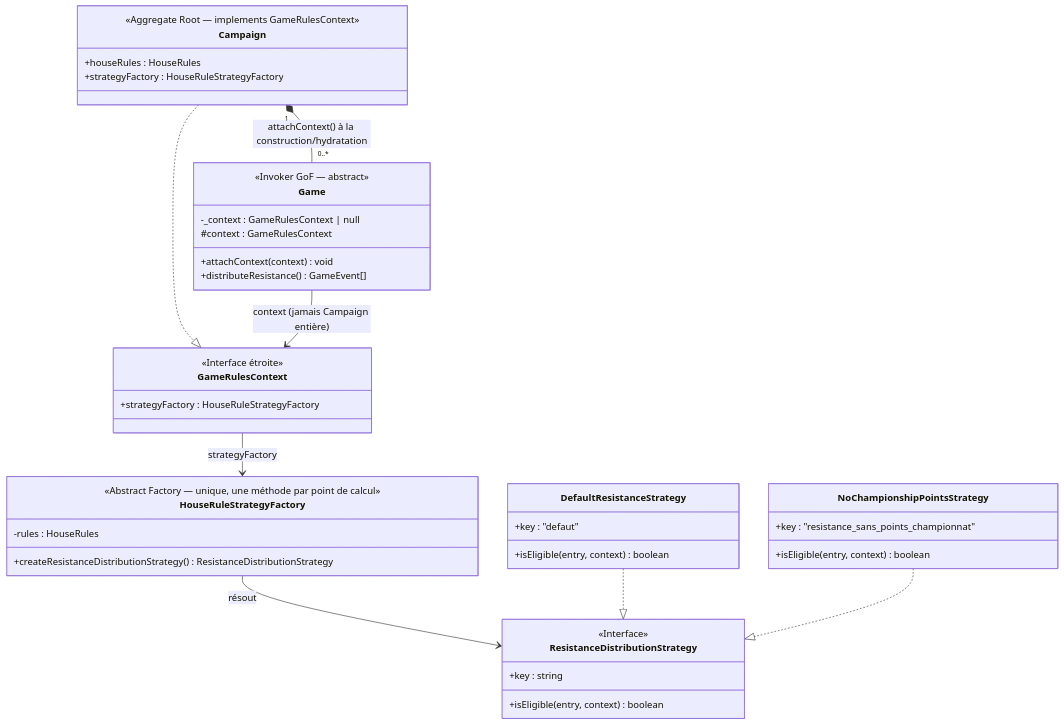
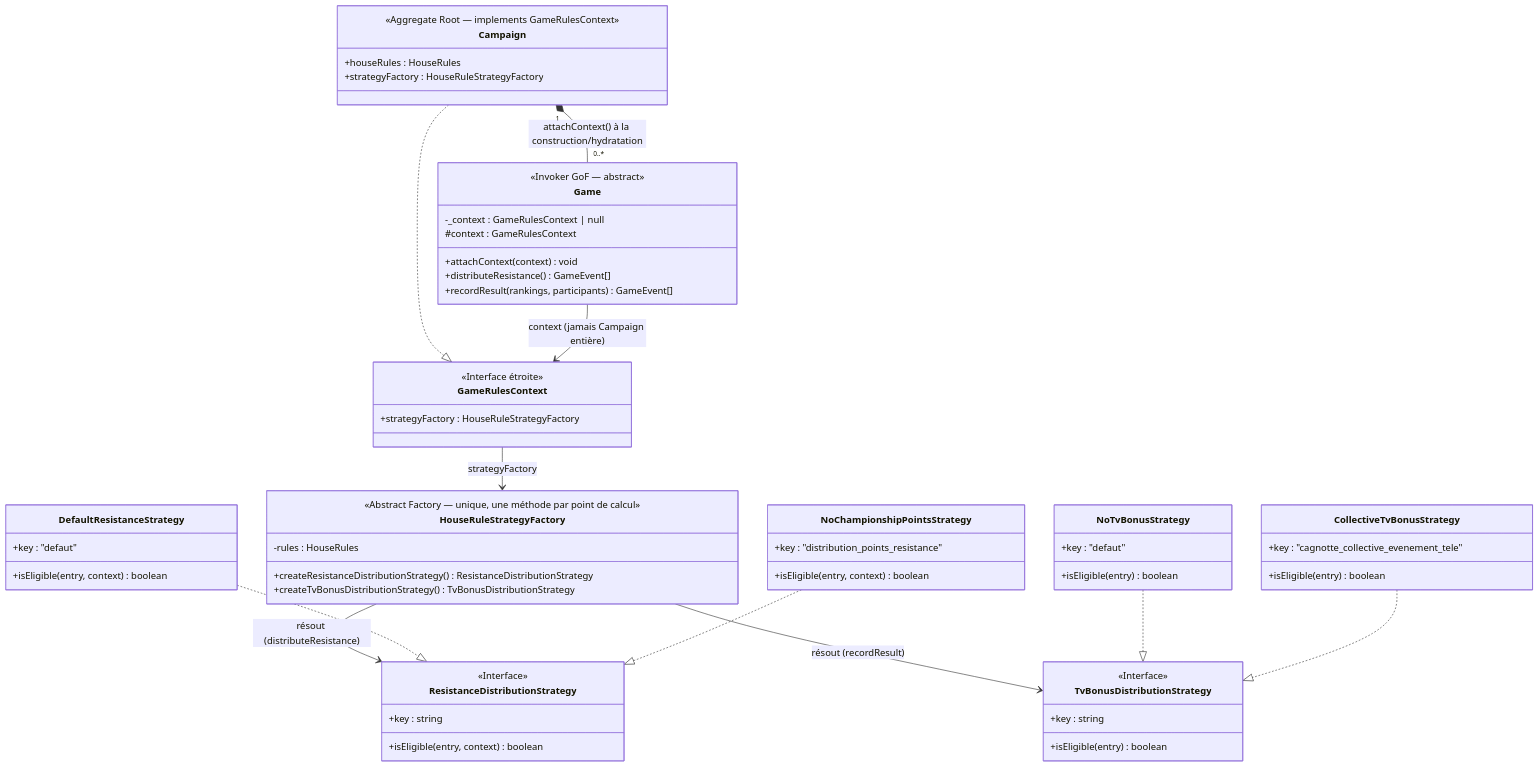
Before and after one commit to arnaudbracchetti/gaslands-manager: the sixth of 6 diagrams in docs/DOMAIN_MODEL.md, drawn with Mermaid. The commit also changed other lines of this file and 28 other files, not shown here.

First line of the commit message:
feat(campagne): règle maison R2 - cagnotte télé collective, renomme la clé R1

````diff
--- a/docs/DOMAIN_MODEL.md
+++ b/docs/DOMAIN_MODEL.md
@@ -937,53 +939,74 @@
 ```mermaid
 classDiagram
     direction TB
 
     class GameRulesContext {
         <<Interface étroite>>
         +strategyFactory : HouseRuleStrategyFactory
     }
 
     class Campaign {
         <<Aggregate Root — implements GameRulesContext>>
         +houseRules : HouseRules
         +strategyFactory : HouseRuleStrategyFactory
     }
 
     class Game {
         <<Invoker GoF — abstract>>
         -_context : GameRulesContext | null
         +attachContext(context) void
         #context : GameRulesContext
         +distributeResistance() GameEvent[]
+        +recordResult(rankings, participants) GameEvent[]
     }
 
     class HouseRuleStrategyFactory {
         <<Abstract Factory — unique, une méthode par point de calcul>>
         -rules : HouseRules
         +createResistanceDistributionStrategy() ResistanceDistributionStrategy
+        +createTvBonusDistributionStrategy() TvBonusDistributionStrategy
     }
 
     class ResistanceDistributionStrategy {
         <<Interface>>
         +key : string
         +isEligible(entry, context) boolean
     }
 
     class DefaultResistanceStrategy {
         +key : "defaut"
         +isEligible(entry, context) boolean
     }
 
     class NoChampionshipPointsStrategy {
-        +key : "resistance_sans_points_championnat"
+        +key : "distribution_points_resistance"
         +isEligible(entry, context) boolean
+    }
+
+    class TvBonusDistributionStrategy {
+        <<Interface>>
+        +key : string
+        +isEligible(entry) boolean
+    }
+
+    class NoTvBonusStrategy {
+        +key : "defaut"
+        +isEligible(entry) boolean
+    }
+
+    class CollectiveTvBonusStrategy {
+        +key : "cagnotte_collective_evenement_tele"
+        +isEligible(entry) boolean
     }
 
     Campaign ..|> GameRulesContext
     Campaign "1" *-- "0..*" Game : attachContext() à la construction/hydratation
     Game --> GameRulesContext : context (jamais Campaign entière)
     GameRulesContext --> HouseRuleStrategyFactory : strategyFactory
-    HouseRuleStrategyFactory --> ResistanceDistributionStrategy : résout
+    HouseRuleStrategyFactory --> ResistanceDistributionStrategy : résout (distributeResistance)
+    HouseRuleStrategyFactory --> TvBonusDistributionStrategy : résout (recordResult)
     DefaultResistanceStrategy ..|> ResistanceDistributionStrategy
     NoChampionshipPointsStrategy ..|> ResistanceDistributionStrategy
+    NoTvBonusStrategy ..|> TvBonusDistributionStrategy
+    CollectiveTvBonusStrategy ..|> TvBonusDistributionStrategy
 ```
````
